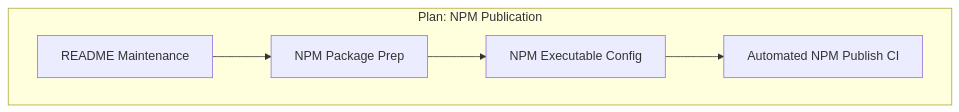
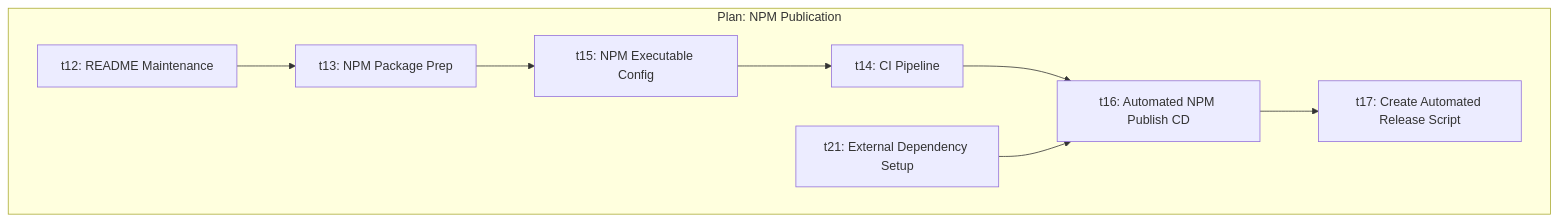
One commit to livelifelively/documentation-driven-development-tools changed the third of 7 diagrams in docs/requirements/p1.p4-npm-publication.plan.md. Above: the diagram before and after it, drawn with Mermaid. The commit also changed other lines of this file and 8 other files, not shown here.

````diff
--- a/docs/requirements/p1.p4-npm-publication.plan.md
+++ b/docs/requirements/p1.p4-npm-publication.plan.md
@@ -136,13 +138,19 @@
 ```mermaid
 graph TD
     subgraph "Plan: NPM Publication"
-        T1["README Maintenance"]
-        T2["NPM Package Prep"]
-        T3["NPM Executable Config"]
-        T4["Automated NPM Publish CI"]
+        T12["t12: README Maintenance"]
+        T13["t13: NPM Package Prep"]
+        T15["t15: NPM Executable Config"]
+        T21["t21: External Dependency Setup"]
+        T14["t14: CI Pipeline"]
+        T16["t16: Automated NPM Publish CD"]
+        T17["t17: Create Automated Release Script"]
     end
 
-    T1 --> T2
-    T2 --> T3
-    T3 --> T4
+    T12 --> T13
+    T13 --> T15
+    T15 --> T14
+    T14 --> T16
+    T21 --> T16
+    T16 --> T17
 ```
````
